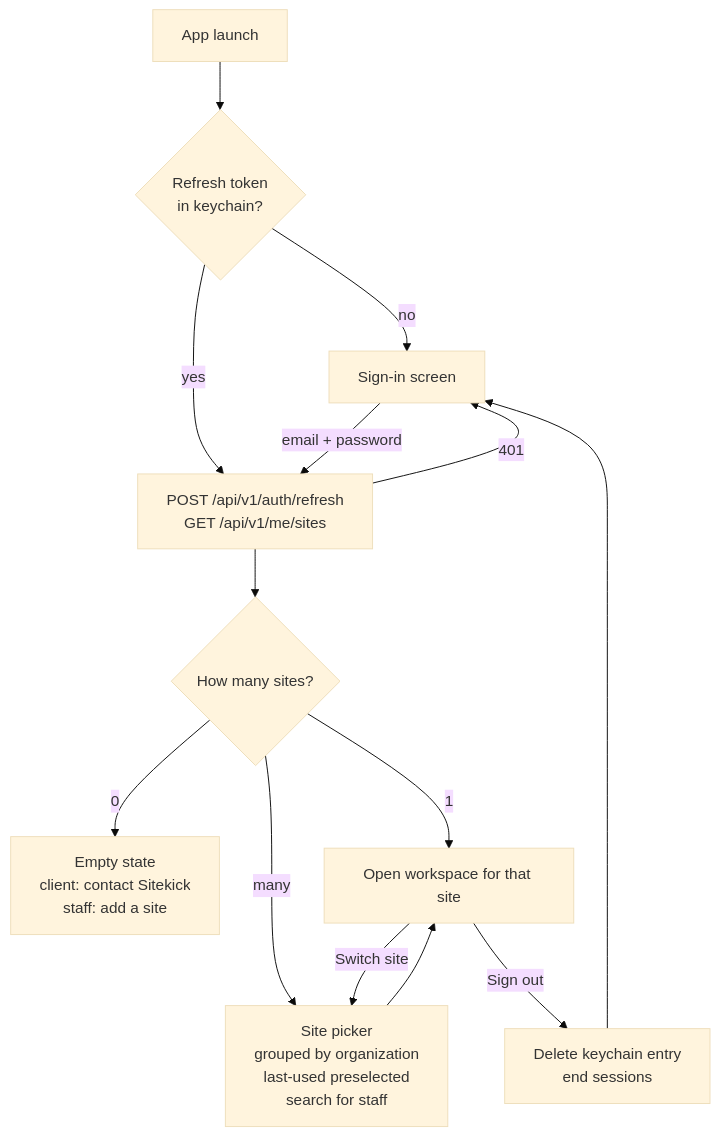
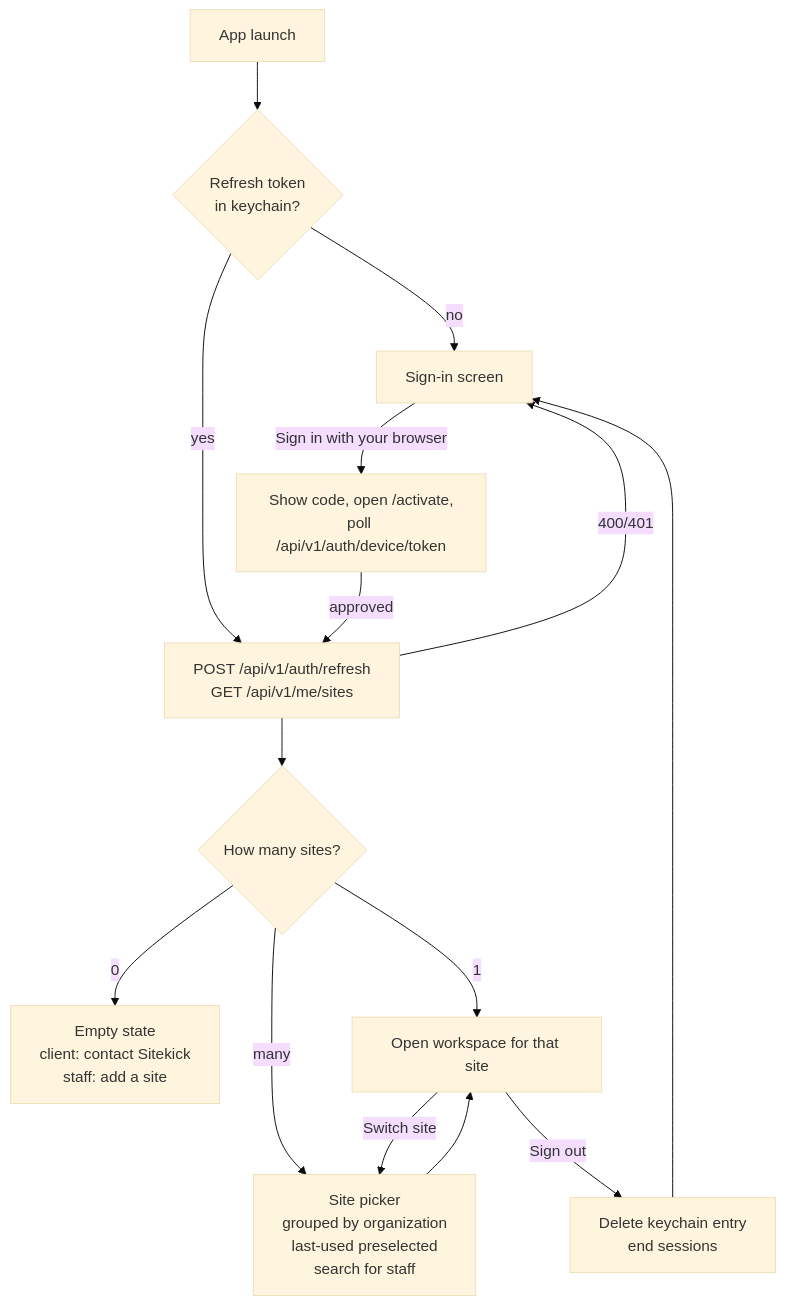
One commit to sitekickcodes/sitekick changed the second of 2 diagrams in docs/architecture.md. Above: the diagram before and after it, drawn with Mermaid (base theme). The commit also changed other lines of this file and 2 other files, not shown here.

Commit message:
Document M1: browser sign-in and Native SDK core gotchas

````diff
--- a/docs/architecture.md
+++ b/docs/architecture.md
@@ -115,15 +115,16 @@
 ```mermaid
 flowchart TD
   A[App launch] --> B{Refresh token<br/>in keychain?}
   B -- no --> L[Sign-in screen]
   B -- yes --> R[POST /api/v1/auth/refresh<br/>GET /api/v1/me/sites]
-  R -- 401 --> L
-  L -- email + password --> R
+  R -- 400/401 --> L
+  L -- Sign in with your browser --> D[Show code, open /activate,<br/>poll /api/v1/auth/device/token]
+  D -- approved --> R
   R --> C{How many sites?}
   C -- 0 --> E[Empty state<br/>client: contact Sitekick<br/>staff: add a site]
   C -- 1 --> W[Open workspace for that site]
   C -- many --> P[Site picker<br/>grouped by organization<br/>last-used preselected<br/>search for staff]
   P --> W
   W -- Switch site --> P
   W -- Sign out --> X[Delete keychain entry<br/>end sessions] --> L
 ```
````
